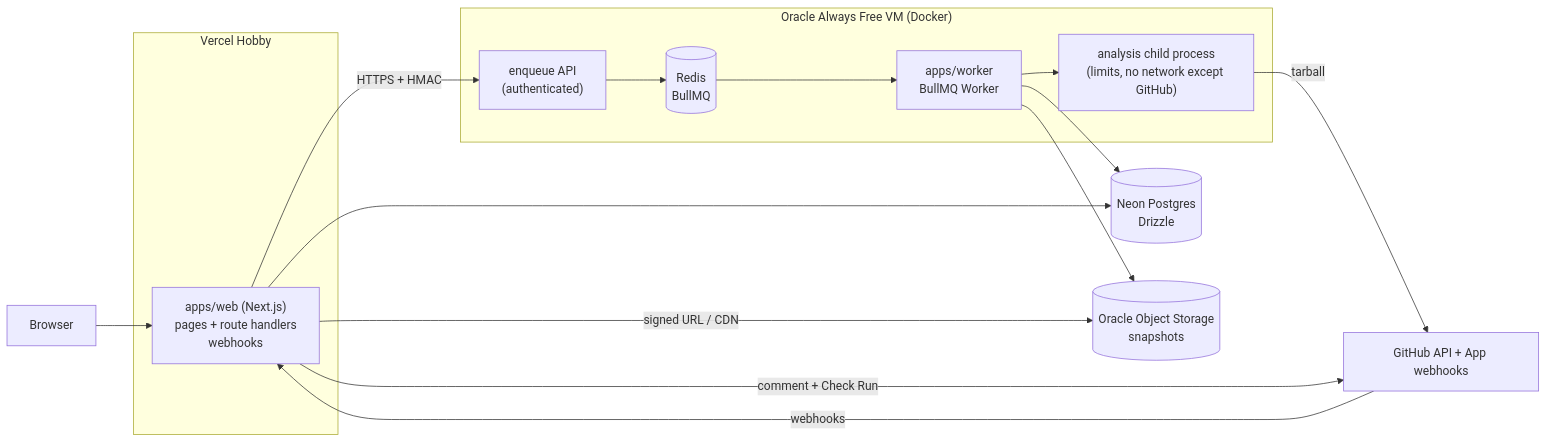
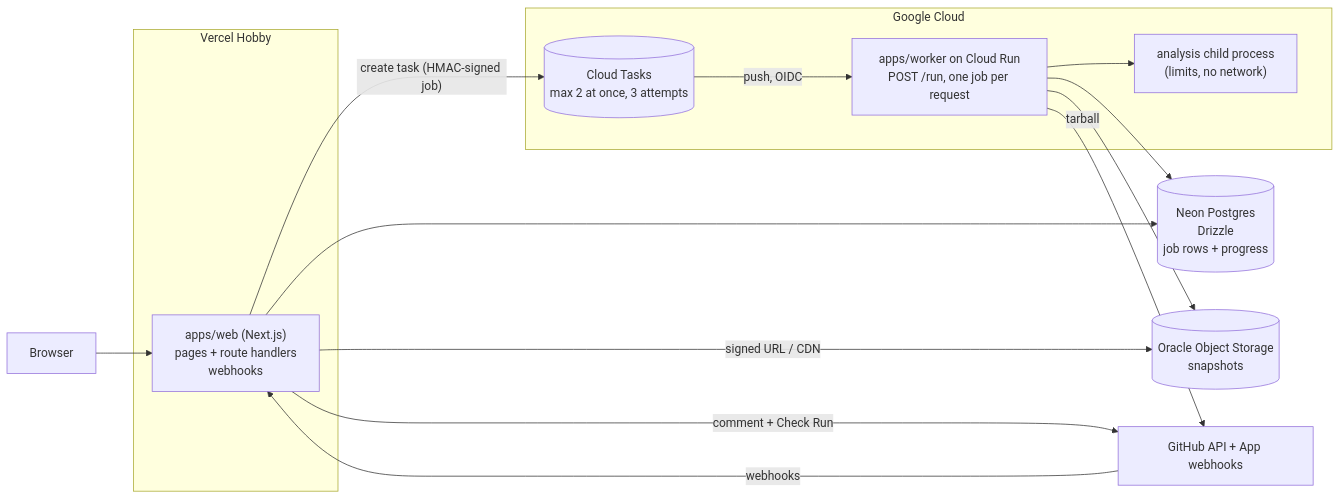
Before and after one commit to AbhinavGonthina/gitinside: the diagram in docs/DESIGN.md, drawn with Mermaid. The commit also changed other lines of this file and 37 other files, not shown here.

First line of the commit message:
Remove BullMQ and Redis from worker

````diff
--- a/docs/DESIGN.md
+++ b/docs/DESIGN.md
@@ -44,26 +44,26 @@
 ```mermaid
 flowchart LR
   subgraph Vercel["Vercel Hobby"]
     W["apps/web (Next.js)<br/>pages + route handlers<br/>webhooks"]
   end
-  subgraph Oracle["Oracle Always Free VM (Docker)"]
-    E["enqueue API<br/>(authenticated)"]
-    R[("Redis<br/>BullMQ")]
-    K["apps/worker<br/>BullMQ Worker"]
-    C["analysis child process<br/>(limits, no network except GitHub)"]
+  subgraph Google["Google Cloud"]
+    R[("Cloud Tasks<br/>max 2 at once, 3 attempts")]
+    K["apps/worker on Cloud Run<br/>POST /run, one job per request"]
+    C["analysis child process<br/>(limits, no network)"]
   end
-  PG[("Neon Postgres<br/>Drizzle")]
+  PG[("Neon Postgres<br/>Drizzle<br/>job rows + progress")]
   S3[("Oracle Object Storage<br/>snapshots")]
   GH["GitHub API + App webhooks"]
   U["Browser"]
 
   U --> W
-  W -->|"HTTPS + HMAC"| E --> R --> K --> C
-  C -->|"tarball"| GH
+  W -->|"create task (HMAC-signed job)"| R
+  R -->|"push, OIDC"| K --> C
+  K -->|"tarball"| GH
   K --> S3
   K --> PG
   W --> PG
   W -->|"signed URL / CDN"| S3
   GH -->|"webhooks"| W
   W -->|"comment + Check Run"| GH
 ```
````
